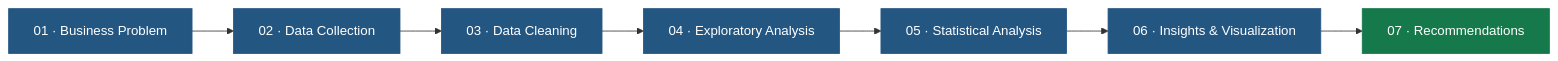
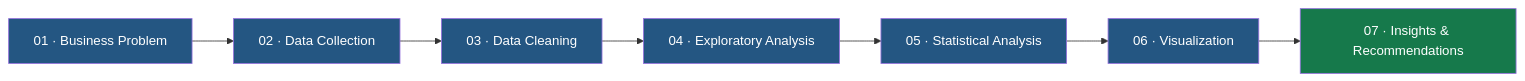
The diagram in README.md (thegkcode/thegkcode), drawn with Mermaid before and after one commit. The commit also changed other lines of this file, not shown here.

````diff
--- a/README.md
+++ b/README.md
@@ -96,17 +130,17 @@
 ```mermaid
 flowchart LR
     A["01 · Business Problem"] --> B["02 · Data Collection"]
     B --> C["03 · Data Cleaning"]
     C --> D["04 · Exploratory Analysis"]
     D --> E["05 · Statistical Analysis"]
-    E --> F["06 · Insights & Visualization"]
-    F --> G["07 · Recommendations"]
+    E --> F["06 · Visualization"]
+    F --> G["07 · Insights & Recommendations"]
 
-    style A fill:#245682,color:#fff,stroke:#245682
-    style B fill:#245682,color:#fff,stroke:#245682
-    style C fill:#245682,color:#fff,stroke:#245682
-    style D fill:#245682,color:#fff,stroke:#245682
-    style E fill:#245682,color:#fff,stroke:#245682
-    style F fill:#245682,color:#fff,stroke:#245682
-    style G fill:#16794B,color:#fff,stroke:#16794B
+    style A fill:#245682,color:#fff
+    style B fill:#245682,color:#fff
+    style C fill:#245682,color:#fff
+    style D fill:#245682,color:#fff
+    style E fill:#245682,color:#fff
+    style F fill:#245682,color:#fff
+    style G fill:#16794B,color:#fff
 ```
````
